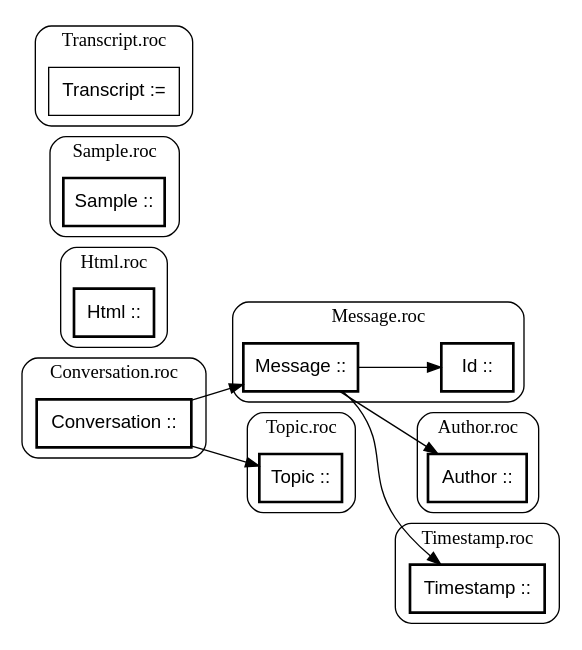
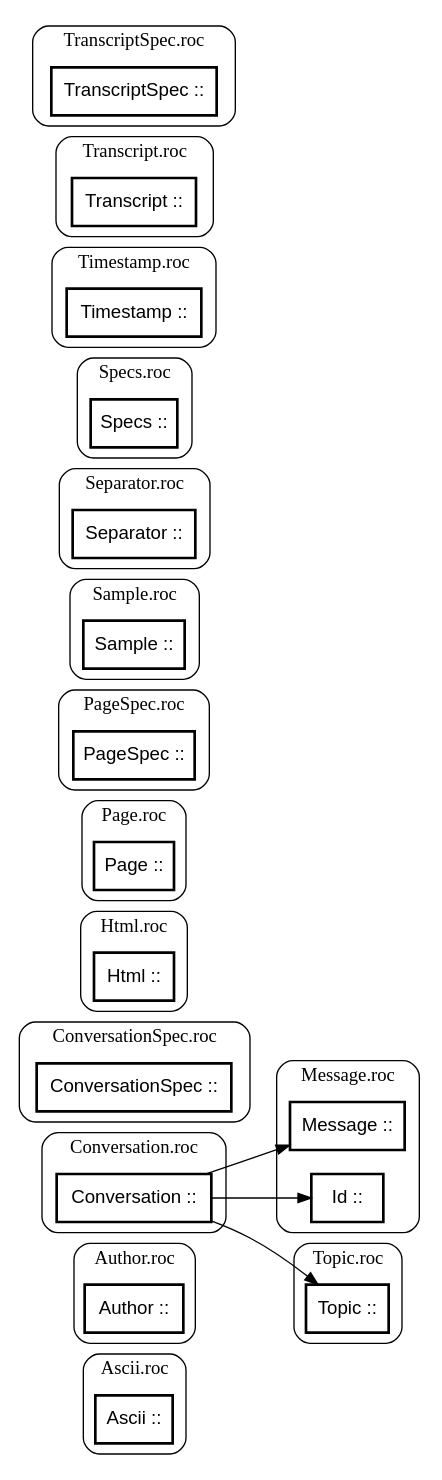
One commit to showell/essay-repl-server changed the second of 2 diagrams in notes/gopher-roc-pictures.md. Above: the diagram before and after it, drawn with Graphviz. The commit also changed other lines of this file and 2 other files, not shown here.

Commit message:
notes: gopher-roc's largest modules, its pictures and demo after the polish

````diff
--- a/notes/gopher-roc-pictures.md
+++ b/notes/gopher-roc-pictures.md
@@ -46,6 +73,11 @@
   rankdir=LR;
   compound=true;
   node [shape=box, fontname="sans-serif"];
+  subgraph "cluster_Ascii" {
+    label="Ascii.roc";
+    style=rounded;
+    "Ascii" [label="Ascii ::", shape=box, style=bold];
+  }
   subgraph "cluster_Author" {
     label="Author.roc";
     style=rounded;
@@ -55,6 +87,11 @@
     label="Conversation.roc";
     style=rounded;
     "Conversation" [label="Conversation ::", shape=box, style=bold];
+  }
+  subgraph "cluster_ConversationSpec" {
+    label="ConversationSpec.roc";
+    style=rounded;
+    "ConversationSpec" [label="ConversationSpec ::", shape=box, style=bold];
   }
   subgraph "cluster_Html" {
     label="Html.roc";
@@ -67,10 +104,30 @@
     "Message" [label="Message ::", shape=box, style=bold];
     "Message.Id" [label="Id ::", shape=box, style=bold];
   }
+  subgraph "cluster_Page" {
+    label="Page.roc";
+    style=rounded;
+    "Page" [label="Page ::", shape=box, style=bold];
+  }
+  subgraph "cluster_PageSpec" {
+    label="PageSpec.roc";
+    style=rounded;
+    "PageSpec" [label="PageSpec ::", shape=box, style=bold];
+  }
   subgraph "cluster_Sample" {
     label="Sample.roc";
     style=rounded;
     "Sample" [label="Sample ::", shape=box, style=bold];
+  }
+  subgraph "cluster_Separator" {
+    label="Separator.roc";
+    style=rounded;
+    "Separator" [label="Separator ::", shape=box, style=bold];
+  }
+  subgraph "cluster_Specs" {
+    label="Specs.roc";
+    style=rounded;
+    "Specs" [label="Specs ::", shape=box, style=bold];
   }
   subgraph "cluster_Timestamp" {
     label="Timestamp.roc";
@@ -85,12 +142,15 @@
   subgraph "cluster_Transcript" {
     label="Transcript.roc";
     style=rounded;
-    "Transcript" [label="Transcript :=", shape=box];
+    "Transcript" [label="Transcript ::", shape=box, style=bold];
+  }
+  subgraph "cluster_TranscriptSpec" {
+    label="TranscriptSpec.roc";
+    style=rounded;
+    "TranscriptSpec" [label="TranscriptSpec ::", shape=box, style=bold];
   }
   "Conversation" -> "Message";
+  "Conversation" -> "Message.Id";
   "Conversation" -> "Topic";
-  "Message" -> "Author";
-  "Message" -> "Message.Id";
-  "Message" -> "Timestamp";
 }
 ```
````
